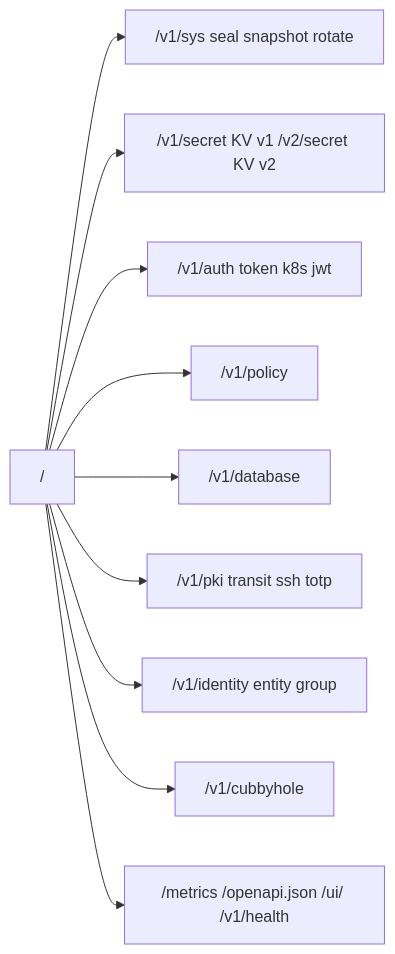
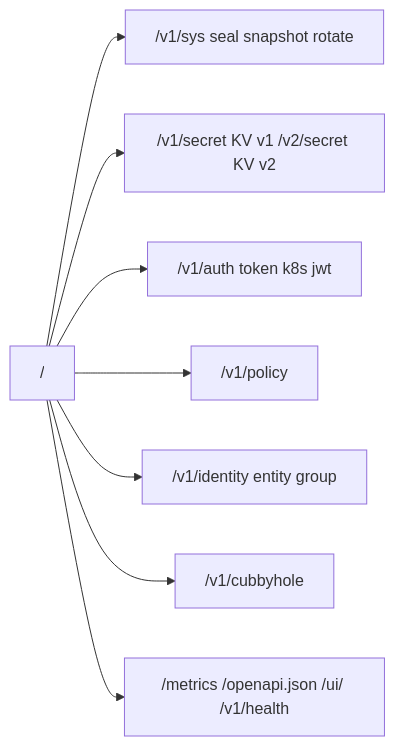
One commit to NAGenaev/tuck changed the diagram in docs/04-api-cli-reference.md. Above: the diagram before and after it, drawn with Mermaid. The commit also changed other lines of this file and 114 other files, not shown here.

First line of the commit message:
refactor: remove PKI, Transit, SSH, TOTP, Database engines and leases

````diff
--- a/docs/04-api-cli-reference.md
+++ b/docs/04-api-cli-reference.md
@@ -14,12 +14,10 @@
 ```mermaid
 flowchart LR
     ROOT["/"] --> SYS["/v1/sys seal snapshot rotate"]
     ROOT --> SEC["/v1/secret KV v1 /v2/secret KV v2"]
     ROOT --> AUTH["/v1/auth token k8s jwt"]
     ROOT --> POL["/v1/policy"]
-    ROOT --> DYN["/v1/database"]
-    ROOT --> CRYPTO["/v1/pki transit ssh totp"]
     ROOT --> ID["/v1/identity entity group"]
     ROOT --> CUB["/v1/cubbyhole"]
     ROOT --> OBS["/metrics /openapi.json /ui/ /v1/health"]
 ```
````
